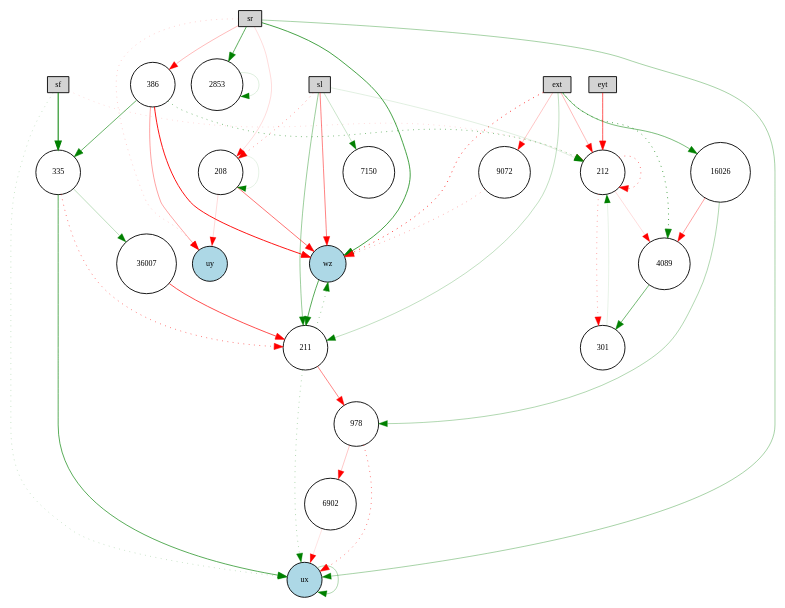
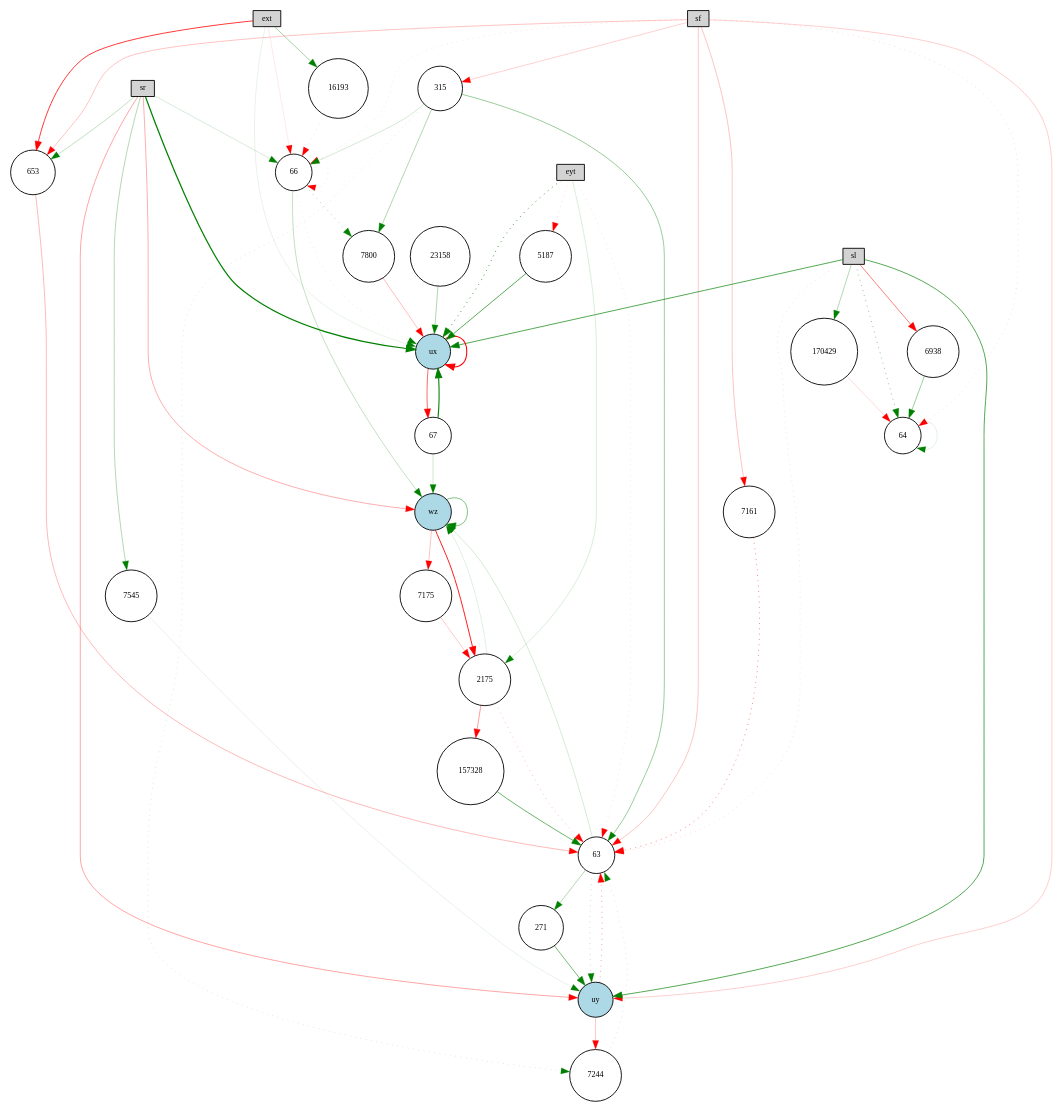
The diagram in pictures_ctrnn/winner-feedforward.gv (KaiL4eK/autopilot_simulator), drawn with Graphviz before and after one commit. The commit also changed 11 other files, not shown here.

```diff
--- a/pictures_ctrnn/winner-feedforward.gv
+++ b/pictures_ctrnn/winner-feedforward.gv
@@ -1,74 +1,94 @@
 digraph {
 	node [fontsize=9 height=0.2 shape=circle width=0.2]
 	ext [fillcolor=lightgray shape=box style=filled]
 	eyt [fillcolor=lightgray shape=box style=filled]
 	sf [fillcolor=lightgray shape=box style=filled]
 	sl [fillcolor=lightgray shape=box style=filled]
 	sr [fillcolor=lightgray shape=box style=filled]
 	ux [fillcolor=lightblue style=filled]
 	uy [fillcolor=lightblue style=filled]
 	wz [fillcolor=lightblue style=filled]
-	386 [fillcolor=white style=filled]
-	2853 [fillcolor=white style=filled]
-	36007 [fillcolor=white style=filled]
-	301 [fillcolor=white style=filled]
-	7150 [fillcolor=white style=filled]
-	335 [fillcolor=white style=filled]
-	9072 [fillcolor=white style=filled]
-	208 [fillcolor=white style=filled]
-	978 [fillcolor=white style=filled]
-	211 [fillcolor=white style=filled]
-	212 [fillcolor=white style=filled]
-	6902 [fillcolor=white style=filled]
-	4089 [fillcolor=white style=filled]
-	16026 [fillcolor=white style=filled]
-	386 -> wz [color=red penwidth=1.02914664384311 style=solid]
-	208 -> 208 [color=green penwidth=0.12073534691310868 style=solid]
-	sf -> 212 [color=red penwidth=0.18317524337545632 style=dotted]
-	212 -> 212 [color=red penwidth=0.622091709558434 style=dotted]
-	386 -> 212 [color=green penwidth=0.6028324868228899 style=dotted]
-	386 -> uy [color=red penwidth=0.4105884932572834 style=solid]
-	sl -> wz [color=red penwidth=0.5496950422806238 style=solid]
-	211 -> wz [color=green penwidth=0.47312931047219153 style=dotted]
-	ext -> 211 [color=green penwidth=0.28365806303192254 style=solid]
-	sl -> 7150 [color=green penwidth=0.23907480415594226 style=solid]
-	335 -> 211 [color=red penwidth=0.6223748066728926 style=dotted]
-	301 -> 212 [color=green penwidth=0.10830517506369285 style=solid]
-	ext -> 4089 [color=green penwidth=0.8331655955352334 style=dotted]
-	16026 -> 978 [color=green penwidth=0.34529936934343763 style=solid]
-	212 -> 301 [color=red penwidth=0.421821914353934 style=dotted]
-	211 -> 978 [color=red penwidth=0.5287129851371032 style=solid]
-	sr -> uy [color=red penwidth=0.22783919795708613 style=dotted]
-	212 -> 4089 [color=red penwidth=0.16391255912445493 style=solid]
-	208 -> uy [color=red penwidth=0.16696004971209716 style=solid]
-	sr -> 2853 [color=green penwidth=0.7201278862645386 style=solid]
-	386 -> 335 [color=green penwidth=0.6692263836319519 style=solid]
-	6902 -> ux [color=red penwidth=0.1321698988452042 style=solid]
-	16026 -> 4089 [color=red penwidth=0.4188540350885498 style=solid]
-	335 -> 36007 [color=green penwidth=0.2988822791078145 style=solid]
-	sr -> ux [color=green penwidth=0.3855277622251545 style=solid]
-	978 -> ux [color=red penwidth=0.6099452400624072 style=dotted]
-	ux -> ux [color=green penwidth=0.34618834987796154 style=solid]
-	ext -> wz [color=red penwidth=0.9546226306422694 style=dotted]
-	208 -> wz [color=red penwidth=0.6167673461514973 style=solid]
-	sr -> 208 [color=red penwidth=0.15827922094215335 style=solid]
-	978 -> 6902 [color=red penwidth=0.24633278267917993 style=solid]
-	211 -> ux [color=green penwidth=0.36630704412076687 style=dotted]
-	sr -> wz [color=green penwidth=0.8133770746288559 style=solid]
-	ext -> 16026 [color=green penwidth=0.5814765126773118 style=solid]
-	wz -> 211 [color=green penwidth=0.7393958235455518 style=solid]
-	2853 -> 2853 [color=green penwidth=0.14711751377486662 style=solid]
-	36007 -> 211 [color=red penwidth=0.7819026911240888 style=solid]
-	eyt -> 212 [color=red penwidth=0.7283500133454999 style=solid]
-	sl -> 208 [color=red penwidth=0.4836839720293409 style=dotted]
-	335 -> ux [color=green penwidth=0.7258815347054764 style=solid]
-	9072 -> wz [color=red penwidth=0.368349411136077 style=dotted]
-	sf -> ux [color=green penwidth=0.2589023851685114 style=dotted]
-	4089 -> 301 [color=green penwidth=0.6230515631438672 style=solid]
-	sl -> 212 [color=green penwidth=0.14363406618982288 style=solid]
-	sl -> 211 [color=green penwidth=0.4429768169304118 style=solid]
-	ext -> 212 [color=red penwidth=0.3056377460065077 style=solid]
-	sr -> 386 [color=red penwidth=0.30984706531925477 style=solid]
-	sf -> 335 [color=green penwidth=1.132572668482337 style=solid]
-	ext -> 9072 [color=red penwidth=0.2634331358900615 style=solid]
+	7175 [fillcolor=white style=filled]
+	653 [fillcolor=white style=filled]
+	271 [fillcolor=white style=filled]
+	157328 [fillcolor=white style=filled]
+	6938 [fillcolor=white style=filled]
+	315 [fillcolor=white style=filled]
+	7161 [fillcolor=white style=filled]
+	170429 [fillcolor=white style=filled]
+	63 [fillcolor=white style=filled]
+	64 [fillcolor=white style=filled]
+	16193 [fillcolor=white style=filled]
+	66 [fillcolor=white style=filled]
+	67 [fillcolor=white style=filled]
+	5187 [fillcolor=white style=filled]
+	7244 [fillcolor=white style=filled]
+	23158 [fillcolor=white style=filled]
+	7800 [fillcolor=white style=filled]
+	7545 [fillcolor=white style=filled]
+	2175 [fillcolor=white style=filled]
+	67 -> wz [color=green penwidth=0.2062461114150477 style=solid]
+	ext -> ux [color=green penwidth=0.11359205909190156 style=solid]
+	7161 -> 63 [color=red penwidth=0.5686722033493752 style=dotted]
+	sl -> 170429 [color=green penwidth=0.3400980799384666 style=solid]
+	6938 -> 64 [color=green penwidth=0.4438829615247344 style=solid]
+	ext -> 66 [color=red penwidth=0.10761049150798892 style=solid]
+	271 -> uy [color=green penwidth=0.5969707634314141 style=solid]
+	64 -> 64 [color=green penwidth=0.13413726119330655 style=solid]
+	eyt -> 63 [color=red penwidth=0.1451948735099058 style=dotted]
+	63 -> wz [color=green penwidth=0.19471081257078288 style=solid]
+	sl -> 64 [color=green penwidth=0.5381898496787471 style=dotted]
+	sf -> 7161 [color=red penwidth=0.2676674192901143 style=solid]
+	653 -> 63 [color=red penwidth=0.30784228001827946 style=solid]
+	eyt -> ux [color=green penwidth=0.9004677144089104 style=dotted]
+	16193 -> 66 [color=red penwidth=0.1486210862583805 style=dotted]
+	sr -> uy [color=red penwidth=0.4017704677895698 style=solid]
+	uy -> 7244 [color=red penwidth=0.2579514397384086 style=solid]
+	eyt -> 5187 [color=red penwidth=0.17278617760074086 style=dotted]
+	sf -> 63 [color=red penwidth=0.2572961069913665 style=solid]
+	sf -> 64 [color=red penwidth=0.1793259619446096 style=dotted]
+	sr -> 653 [color=green penwidth=0.27664399280899427 style=solid]
+	66 -> ux [color=green penwidth=0.12685499363199804 style=dotted]
+	5187 -> ux [color=green penwidth=0.736904081014692 style=solid]
+	66 -> 66 [color=red penwidth=0.1501927876872789 style=dotted]
+	66 -> 7800 [color=green penwidth=0.4002864602845295 style=dotted]
+	sr -> 66 [color=green penwidth=0.17950557077201085 style=solid]
+	sf -> 315 [color=red penwidth=0.20540131993062738 style=solid]
+	7175 -> 2175 [color=red penwidth=0.24201880275402057 style=solid]
+	23158 -> ux [color=green penwidth=0.3467856898764944 style=solid]
+	uy -> 63 [color=red penwidth=0.46669728853994374 style=dotted]
+	sr -> ux [color=green penwidth=1.3620998109069102 style=solid]
+	sl -> 63 [color=red penwidth=0.16607550077527758 style=dotted]
+	ux -> ux [color=red penwidth=1.1751952469018536 style=solid]
+	157328 -> 63 [color=green penwidth=0.6454175167082896 style=solid]
+	67 -> ux [color=green penwidth=1.2051377123058542 style=solid]
+	2175 -> 157328 [color=red penwidth=0.43021445168853756 style=solid]
+	wz -> wz [color=green penwidth=0.5578715871762079 style=solid]
+	315 -> 7244 [color=green penwidth=0.1768180380379315 style=dotted]
+	sf -> uy [color=red penwidth=0.2190906137268777 style=solid]
+	eyt -> 2175 [color=green penwidth=0.17191433098625755 style=solid]
+	2175 -> wz [color=green penwidth=0.14483964217910422 style=solid]
+	sl -> ux [color=green penwidth=0.7590097366087077 style=solid]
+	sf -> 66 [color=red penwidth=0.15070195460061558 style=dotted]
+	ux -> 67 [color=red penwidth=0.6515883248668916 style=solid]
+	sr -> wz [color=red penwidth=0.3613690703523309 style=solid]
+	wz -> 7175 [color=red penwidth=0.26829045817327024 style=solid]
+	sf -> 653 [color=red penwidth=0.2695739101586655 style=solid]
+	ext -> 16193 [color=green penwidth=0.40008746872294143 style=solid]
+	7800 -> ux [color=red penwidth=0.29116622285256644 style=solid]
+	wz -> 2175 [color=red penwidth=0.9776073289181887 style=solid]
+	sr -> 7545 [color=green penwidth=0.3449039691067439 style=solid]
+	315 -> 7800 [color=green penwidth=0.34728034071637803 style=solid]
+	63 -> 271 [color=green penwidth=0.34469138604798616 style=solid]
+	170429 -> 64 [color=red penwidth=0.171633468158231 style=solid]
+	7244 -> 63 [color=green penwidth=0.17899687080958226 style=dotted]
+	sl -> uy [color=green penwidth=0.7543775674750699 style=solid]
+	7545 -> uy [color=green penwidth=0.1093251955291322 style=solid]
+	66 -> wz [color=green penwidth=0.26696163095569936 style=solid]
+	315 -> 63 [color=green penwidth=0.45072125757342096 style=solid]
+	sl -> 6938 [color=red penwidth=0.5649168966344539 style=solid]
+	315 -> 66 [color=green penwidth=0.19790090093839233 style=solid]
+	63 -> uy [color=green penwidth=0.2866974482993886 style=dotted]
+	2175 -> 63 [color=red penwidth=0.3386922657654843 style=dotted]
+	ext -> 653 [color=red penwidth=0.872336963494515 style=solid]
 }
```
